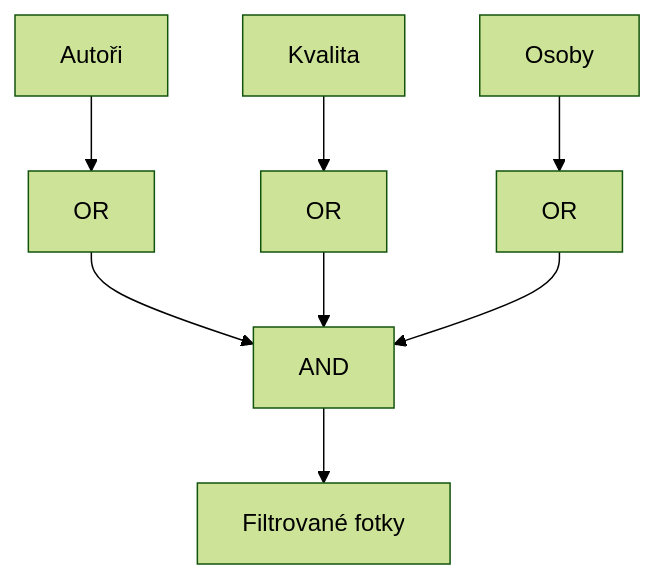
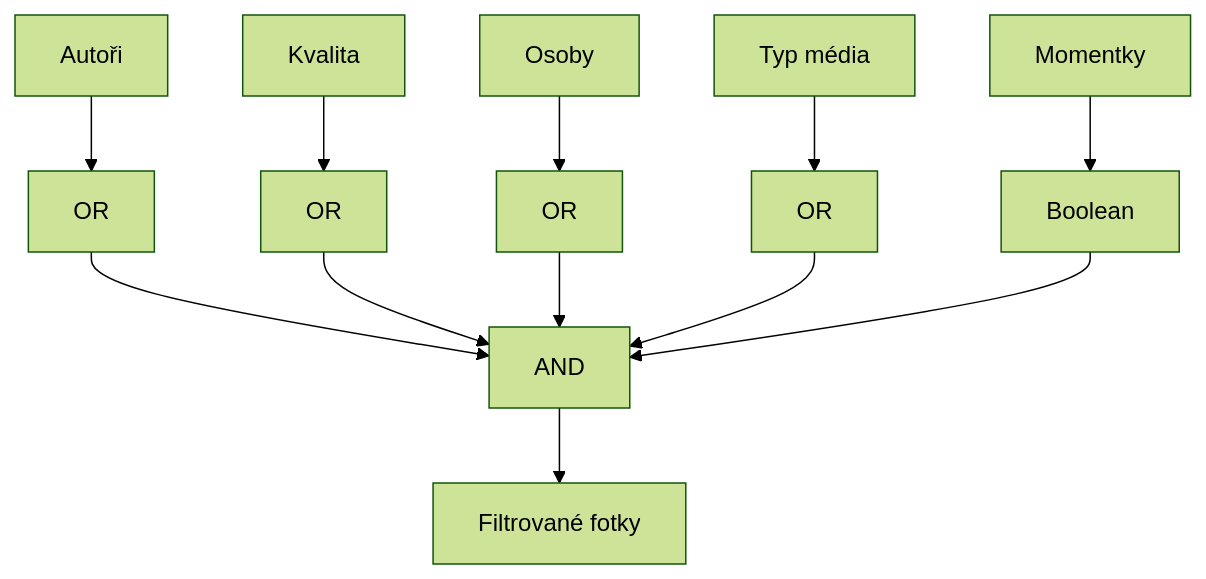
Before and after one commit to cebreus/photoblog-israel-2022: the second of 3 diagrams in docs/ARCH-FEATURES.md, drawn with Mermaid (forest theme). The commit also changed other lines of this file, not shown here.

````diff
--- a/docs/ARCH-FEATURES.md
+++ b/docs/ARCH-FEATURES.md
@@ -72,12 +72,16 @@
 ```mermaid
 flowchart TB
     AUTHORS[Autoři] --> OR1[OR]
     QUALITY[Kvalita] --> OR2[OR]
     PEOPLE[Osoby] --> OR3[OR]
+    MEDIA[Typ média] --> OR4[OR]
+    SNAPSHOTS[Momentky] --> BOOL[Boolean]
 
     OR1 --> AND[AND]
     OR2 --> AND
     OR3 --> AND
+    OR4 --> AND
+    BOOL --> AND
 
     AND --> RESULT[Filtrované fotky]
 ```
````
